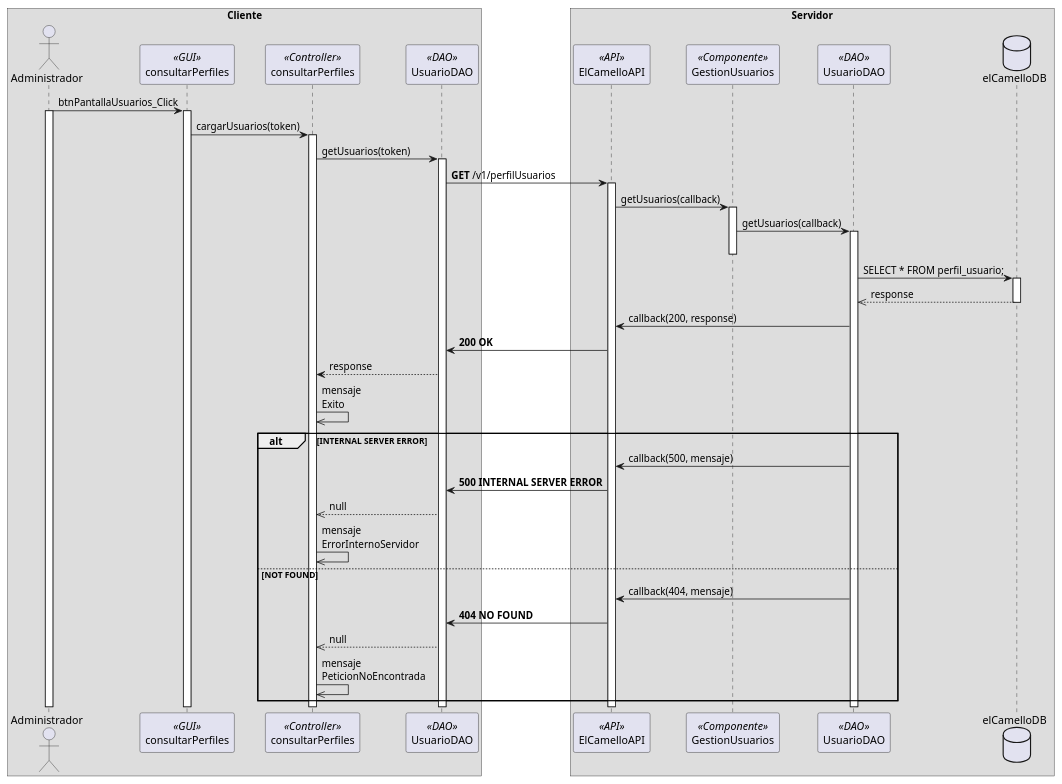
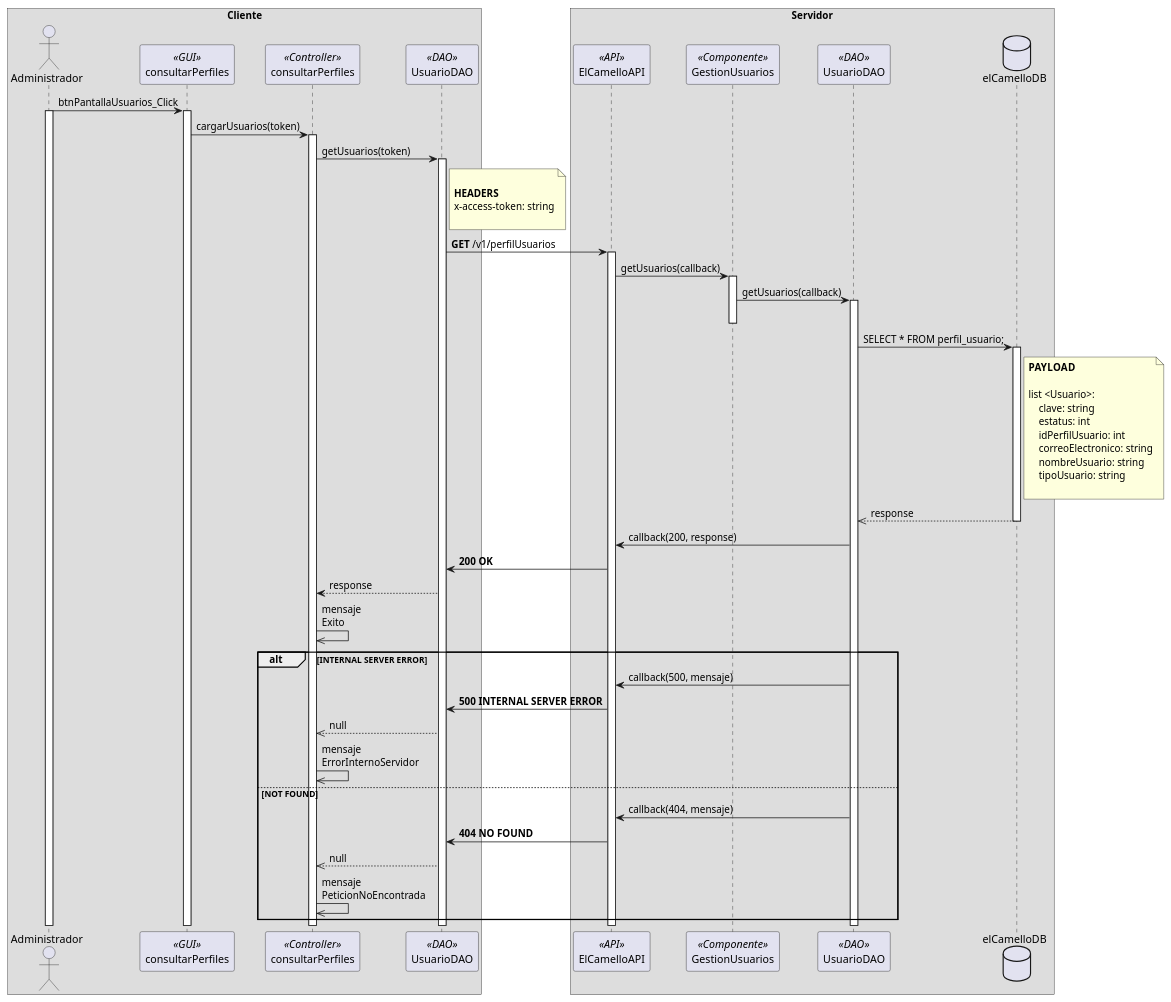
Before and after one commit to VictorArrys/API_WORK_PLATAFORM_ARRYS: the diagram in diagramas/secuencia/GestionUsuarios/ConsultarUsuarios.puml, drawn with PlantUML. The commit also changed 11 other files, not shown here.

Commit message:
Diagramas de secuencia con notas

```diff
--- a/diagramas/secuencia/GestionUsuarios/ConsultarUsuarios.puml
+++ b/diagramas/secuencia/GestionUsuarios/ConsultarUsuarios.puml
@@ -1,74 +1,95 @@
 @startuml
 
 box Cliente
     actor Administrador as a
     participant consultarPerfiles as b <<GUI>> 
     participant consultarPerfiles as c <<Controller>>
     participant UsuarioDAO as d <<DAO>>
 
 end box
 
 box Servidor
     participant ElCamelloAPI as e <<API>>
     participant GestionUsuarios as f <<Componente>>
     participant UsuarioDAO as g <<DAO>>
     database elCamelloDB as db
 end box
 
 a -> b: btnPantallaUsuarios_Click
 activate a
 activate b
 
 b -> c: cargarUsuarios(token)
 activate c
 
 c -> d: getUsuarios(token)
 activate d
 
+note right of d
+ 
+**HEADERS**
+x-access-token: string
+
+end note
+
+
 d -> e:  **GET** /v1/perfilUsuarios
 activate e
 
 e -> f: getUsuarios(callback)
 activate f
 
 f -> g: getUsuarios(callback)
 activate g
 deactivate f
 
 g -> db: SELECT * FROM perfil_usuario;
 activate db
+
+note right of db
+**PAYLOAD**
+
+list <Usuario>:
+    clave: string
+    estatus: int
+    idPerfilUsuario: int
+    correoElectronico: string
+    nombreUsuario: string
+    tipoUsuario: string
+
+end note
 
 db -->> g: response
 deactivate db
 
 g -> e: callback(200, response)
 
 e -> d: **200 OK**
 
 d --> c: response
 
 c ->> c: mensaje\nExito
 
 alt INTERNAL SERVER ERROR
 
     g -> e: callback(500, mensaje)
 
     e -> d: **500 INTERNAL SERVER ERROR**
 
     d -->> c: null
 
     c ->> c: mensaje\nErrorInternoServidor
 
 else NOT FOUND
 
     g -> e: callback(404, mensaje)
 
     e -> d: **404 NO FOUND**
 
     d -->> c: null
 
     c ->> c: mensaje\nPeticionNoEncontrada
 
 end
 
 @enduml
```
